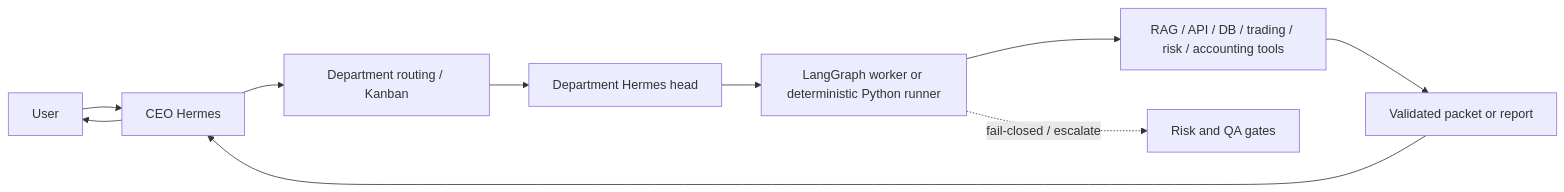
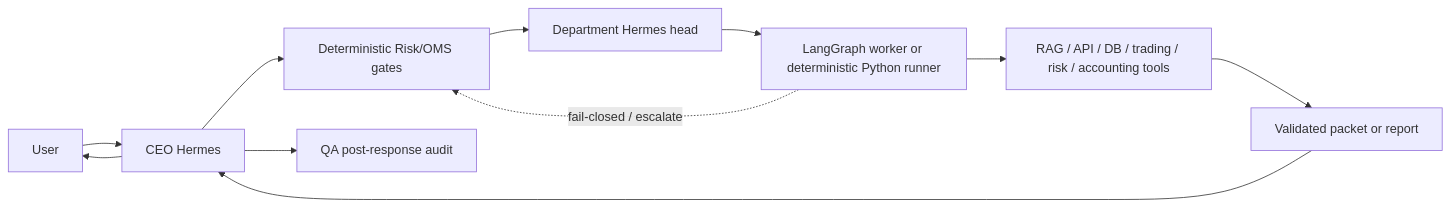
Before and after one commit to HgFinance/multi_agent: the first of 6 diagrams in docs/CURRENT_PROJECT_ARCHITECTURE.md, drawn with Mermaid. The commit also changed other lines of this file and 78 other files, not shown here.

Commit message:
feat: harden runtime wiring and observability flows

````diff
--- a/docs/CURRENT_PROJECT_ARCHITECTURE.md
+++ b/docs/CURRENT_PROJECT_ARCHITECTURE.md
@@ -89,12 +89,13 @@
 ```mermaid
 flowchart LR
     U[User] --> C[CEO Hermes]
     C --> R[Department routing / Kanban]
     R --> H[Department Hermes head]
     H --> W[LangGraph worker or deterministic Python runner]
     W --> T[RAG / API / DB / trading / risk / accounting tools]
     T --> P[Validated packet or report]
     P --> C
     C --> U
-    W -. fail-closed / escalate .-> Q[Risk and QA gates]
+    C --> Q[QA post-response audit]
+    W -. fail-closed / escalate .-> R[Deterministic Risk/OMS gates]
 ```
````
